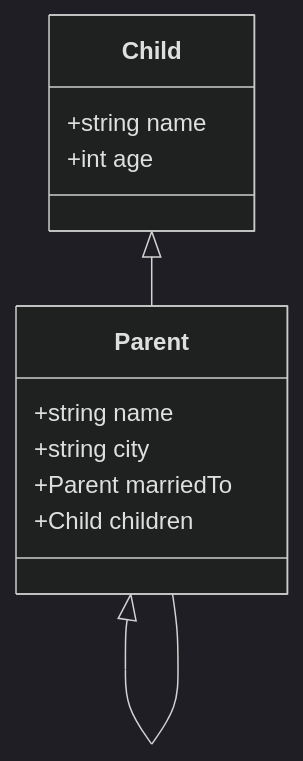
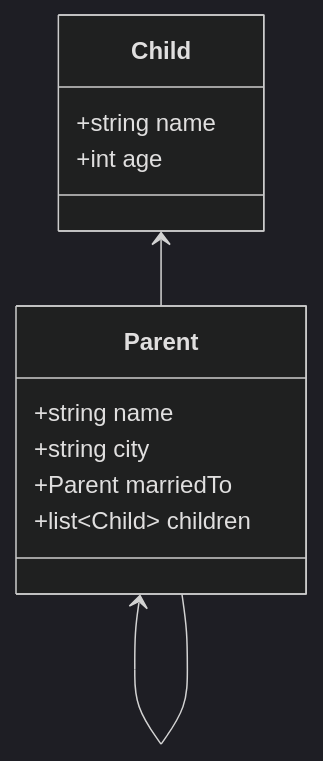
The diagram in packages/realm-tools/README.md (realm/realm-js), drawn with Mermaid (dark theme) before and after one commit. The commit also changed 2 other files, not shown here.

Commit message:
Support collection types using generics

````diff
--- a/packages/realm-tools/README.md
+++ b/packages/realm-tools/README.md
@@ -53,15 +53,15 @@
 ```mermaid
 classDiagram
 class Child {
   +string name
   +int age
 }
 class Parent {
   +string name
   +string city
   +Parent marriedTo
-  +Child children
+  +list~Child~ children
 }
-Parent <|-- Parent
-Child <|-- Parent
+Parent <-- Parent
+Child <-- Parent
 ```
````
